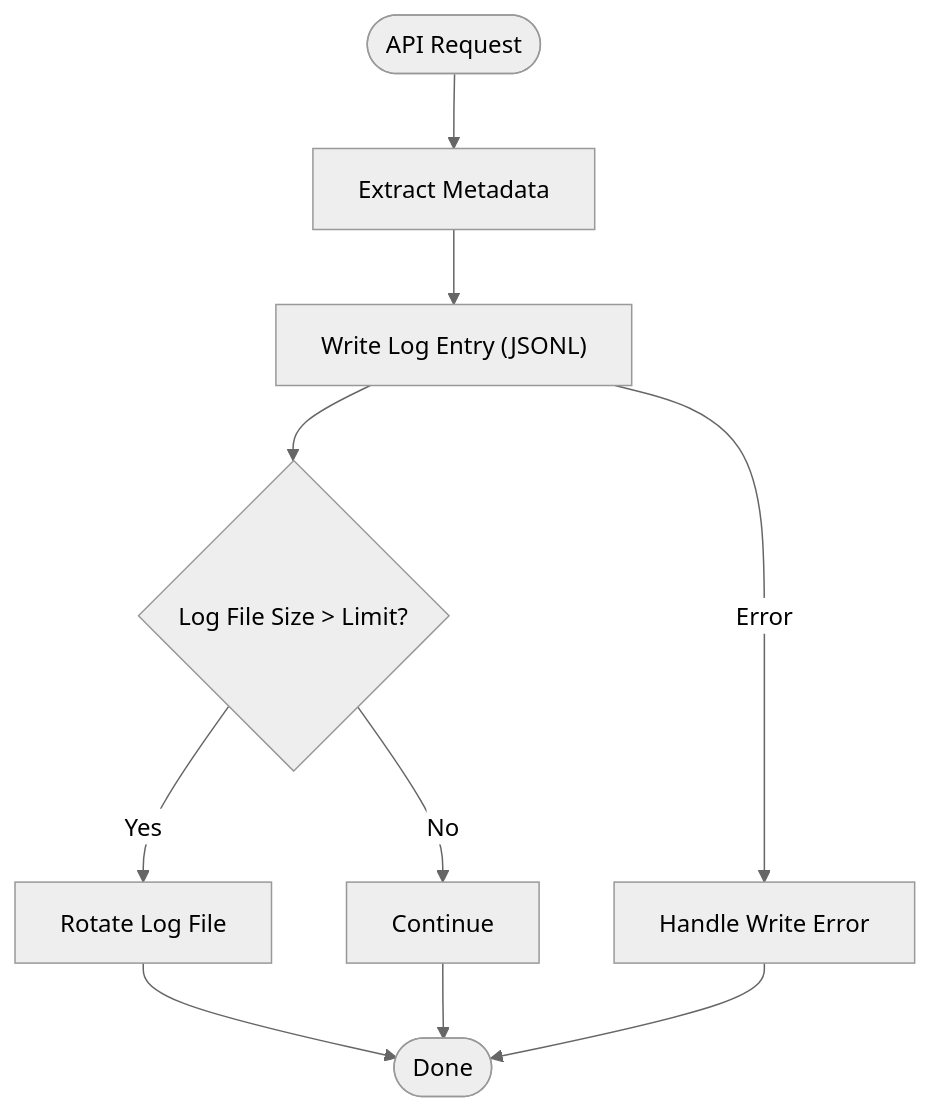
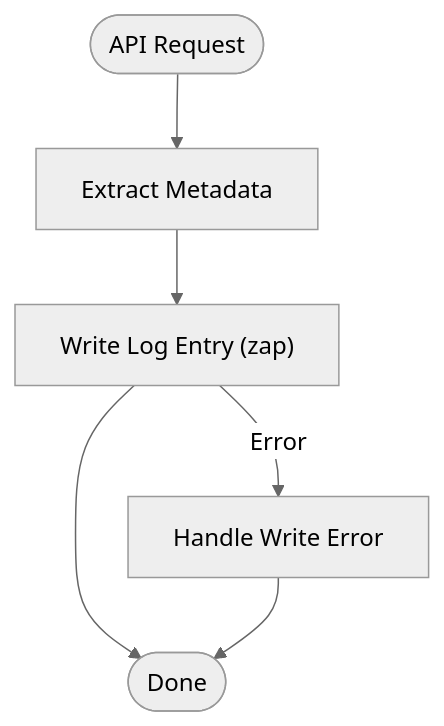
The diagram in docs/done/phase-4-logging-core.md (sofatutor/llm-proxy), drawn with Mermaid (neutral theme) before and after one commit. The commit also changed other lines of this file and 9 other files, not shown here.

````diff
--- a/docs/done/phase-4-logging-core.md
+++ b/docs/done/phase-4-logging-core.md
@@ -6,16 +6,11 @@
 ```mermaid
 flowchart TD
     Start([API Request])
     Extract["Extract Metadata"]
-    Write["Write Log Entry (JSONL)"]
-    Rotate{"Log File Size > Limit?"}
-    RotateYes["Rotate Log File"]
-    RotateNo["Continue"]
+    Write["Write Log Entry (zap)"]
     Error["Handle Write Error"]
     End([Done])
 
-    Start --> Extract --> Write --> Rotate
-    Rotate -- Yes --> RotateYes --> End
-    Rotate -- No --> RotateNo --> End
+    Start --> Extract --> Write --> End
     Write -- Error --> Error --> End
 ```
````
